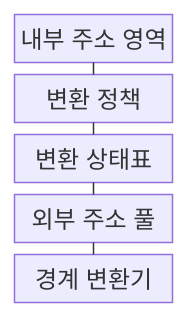
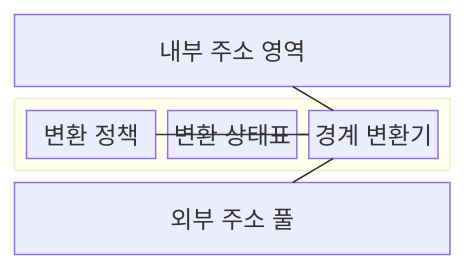
One commit to agnusdei1207/knowledge-base changed the first of 2 diagrams in src/content/docs/notes/04-network/009_nat_pat_network_address_translation.md. Above: the diagram before and after it, drawn with Mermaid. The commit also changed other lines of this file and 20 other files, not shown here.

````diff
--- a/src/content/docs/notes/04-network/009_nat_pat_network_address_translation.md
+++ b/src/content/docs/notes/04-network/009_nat_pat_network_address_translation.md
@@ -57,13 +58,16 @@
 ```mermaid
-block-beta
+block
     columns 1
-    A["내부 주소 영역"]
-    B["변환 정책"]
-    C["변환 상태표"]
-    D["외부 주소 풀"]
-    E["경계 변환기"]
-    A --- B
-    B --- C
-    C --- D
-    D --- E
+    I["내부 주소 영역"]
+    block:NAT_BOUNDARY
+        columns 3
+        P["변환 정책"]
+        T["변환 상태표"]
+        G["경계 변환기"]
+    end
+    O["외부 주소 풀"]
+    I --- G
+    G --- P
+    G --- T
+    G --- O
 ```
````
